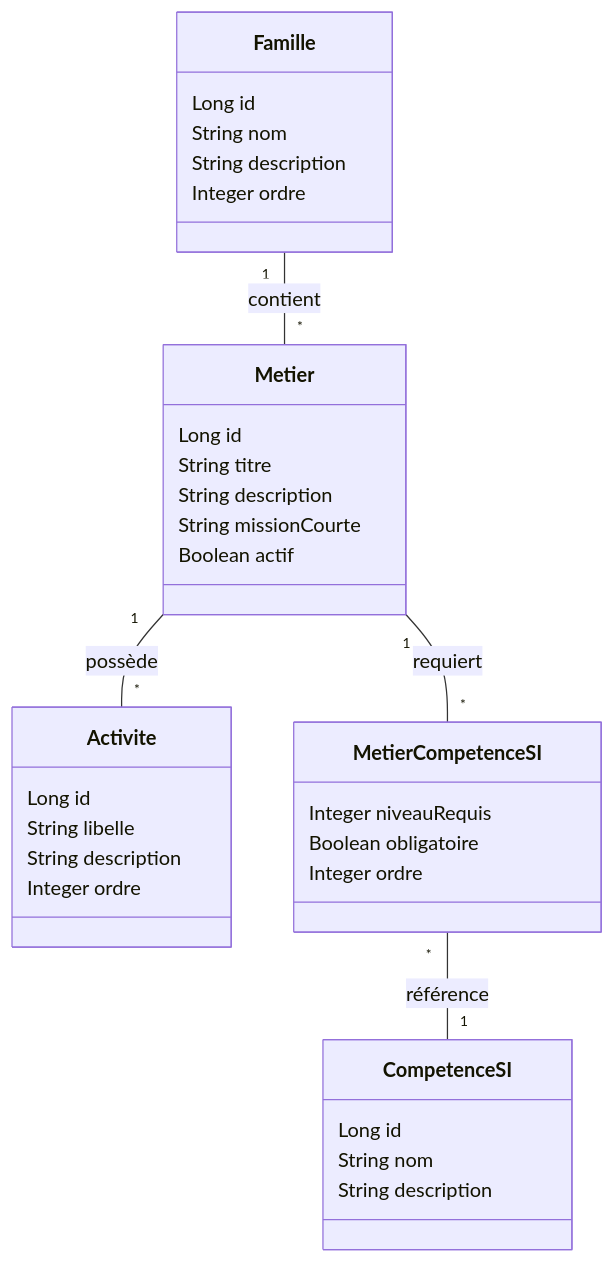
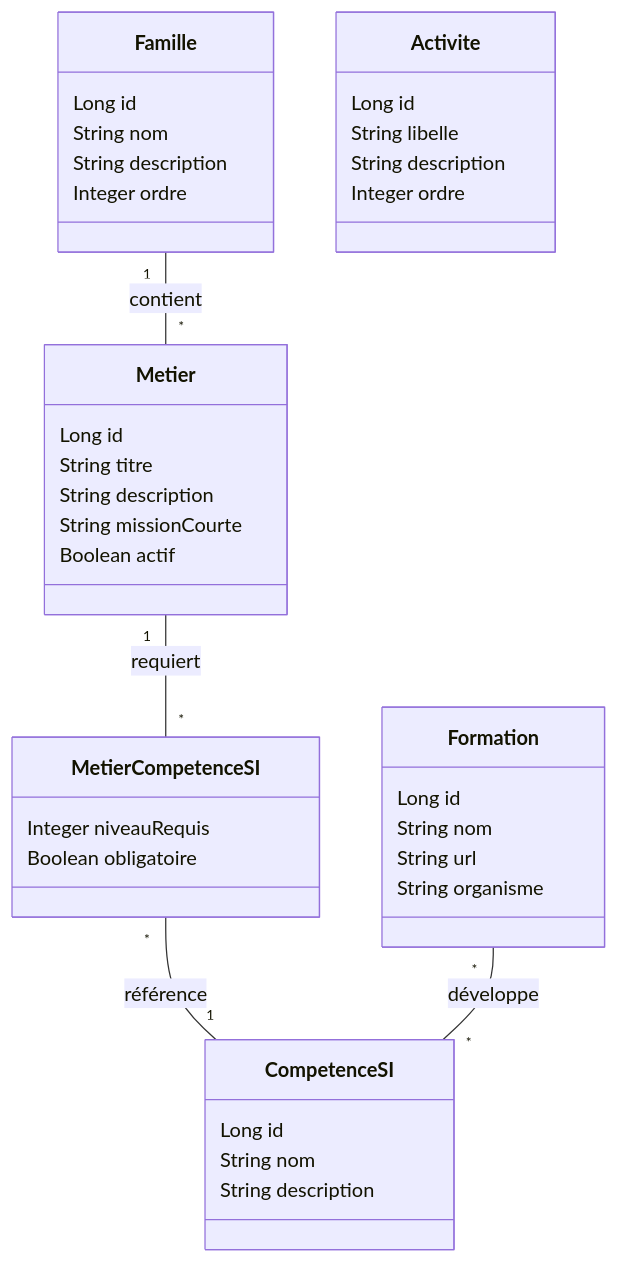
The diagram in README.md (Nabilou-Anoir/projet-tutore-rh), drawn with Mermaid before and after one commit. The commit also changed other lines of this file and 25 other files, not shown here.

````diff
--- a/README.md
+++ b/README.md
@@ -42,37 +54,42 @@
 ```mermaid
 classDiagram
     class Famille {
         Long id
         String nom
         String description
         Integer ordre
     }
     class Metier {
         Long id
         String titre
         String description
         String missionCourte
         Boolean actif
     }
     class Activite {
         Long id
         String libelle
         String description
         Integer ordre
     }
     class CompetenceSI {
         Long id
         String nom
         String description
     }
     class MetierCompetenceSI {
         Integer niveauRequis
         Boolean obligatoire
-        Integer ordre
+    }
+    class Formation {
+        Long id
+        String nom
+        String url
+        String organisme
     }
 
     Famille "1" -- "*" Metier : contient
-    Metier "1" -- "*" Activite : possède
     Metier "1" -- "*" MetierCompetenceSI : requiert
     MetierCompetenceSI "*" -- "1" CompetenceSI : référence
+    Formation "*" -- "*" CompetenceSI : développe
 ```
````
